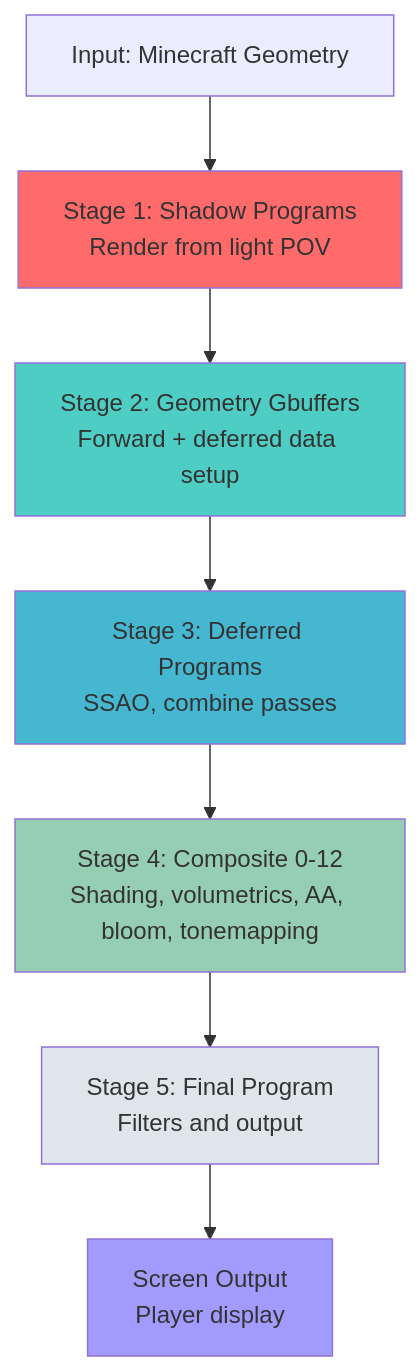
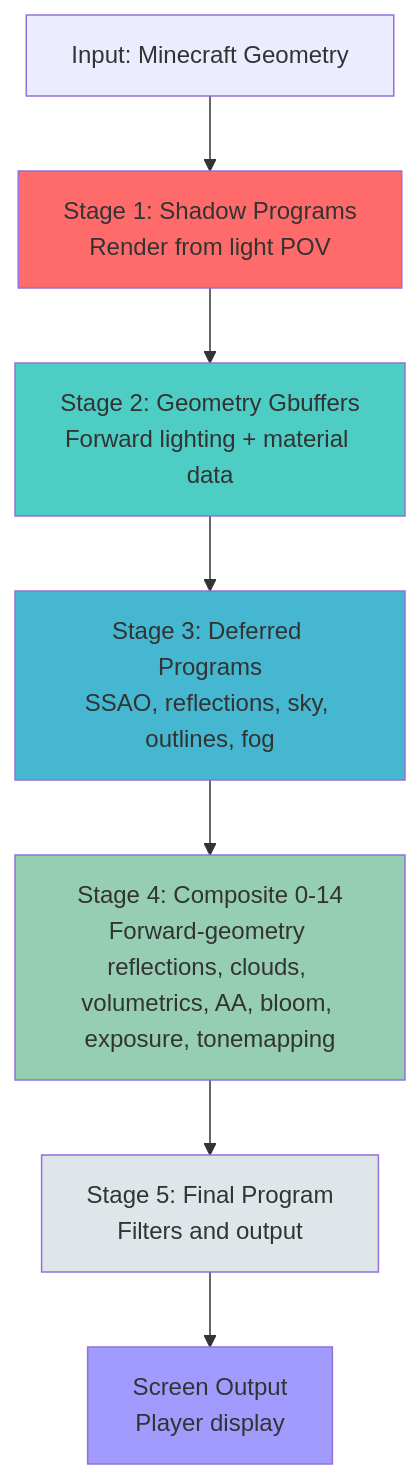
The first of 2 diagrams in .docs/ARCHITECTURE.md (Eldeston/Super-Duper-Vanilla), drawn with Mermaid before and after one commit. The commit also changed other lines of this file and 6 other files, not shown here.

````diff
--- a/.docs/ARCHITECTURE.md
+++ b/.docs/ARCHITECTURE.md
@@ -49,16 +53,16 @@
 ```mermaid
 graph TD
     A["Input: Minecraft Geometry"] --> B["Stage 1: Shadow Programs<br/>Render from light POV"]
-    B --> C["Stage 2: Geometry Gbuffers<br/>Forward + deferred data setup"]
-    C --> D["Stage 3: Deferred Programs<br/>SSAO, combine passes"]
-    D --> E["Stage 4: Composite 0-12<br/>Shading, volumetrics, AA, bloom, tonemapping"]
+    B --> C["Stage 2: Geometry Gbuffers<br/>Forward lighting + material data"]
+    C --> D["Stage 3: Deferred Programs<br/>SSAO, reflections, sky, outlines, fog"]
+    D --> E["Stage 4: Composite 0-14<br/>Forward-geometry reflections, clouds, volumetrics, AA, bloom, exposure, tonemapping"]
     E --> F["Stage 5: Final Program<br/>Filters and output"]
     F --> G["Screen Output<br/>Player display"]
     
     style B fill:#ff6b6b
     style C fill:#4ecdc4
     style D fill:#45b7d1
     style E fill:#96ceb4
     style F fill:#dfe6e9
     style G fill:#a29bfe
 ```
````
